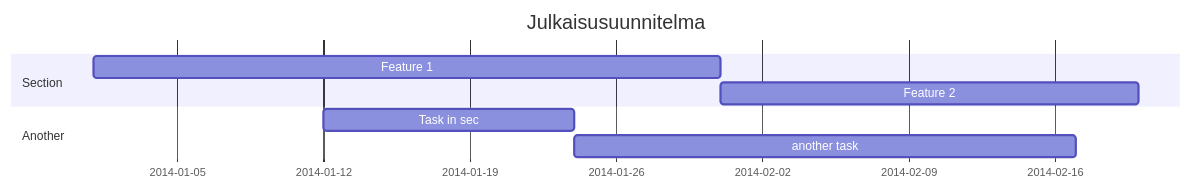
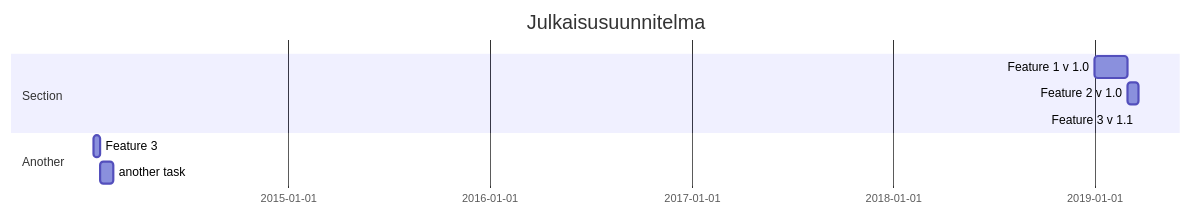
One commit to ninaleo/ransut-core changed the diagram in dokumentaatio/04-julkaisusuunnitelma/julkaisusuunnitelma.md. Above: the diagram before and after it, drawn with Mermaid.

````diff
--- a/dokumentaatio/04-julkaisusuunnitelma/julkaisusuunnitelma.md
+++ b/dokumentaatio/04-julkaisusuunnitelma/julkaisusuunnitelma.md
@@ -4,11 +4,12 @@
 ```mermaid
 gantt
     title Julkaisusuunnitelma
     dateFormat  YYYY-MM-DD
     section Section
-    Feature 1           :a1, 2014-01-01, 30d
-    Feature 2     :after a1  , 20d
+    Feature 1 v 1.0         :start, 2019-01-01, 60d
+    Feature 2 v 1.0         :after a1  , 20d
+    Feature 3 v 1.1         :after 
     section Another
-    Task in sec      :2014-01-12  , 12d
+    Feature 3      :2014-01-12  , 12d
     another task      : 24d
 ```
````
